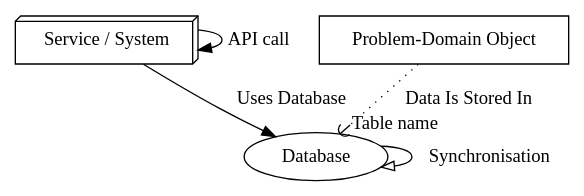
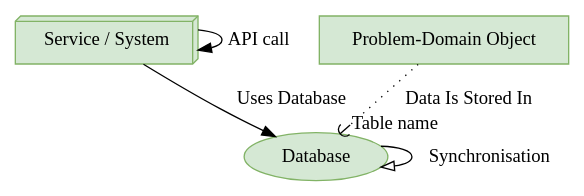
Before and after one commit to DFE-Digital/bat-data-maps: the diagram in src/key.dot, drawn with Graphviz. The commit also changed 1 other file, not shown here.

```diff
--- a/src/key.dot
+++ b/src/key.dot
@@ -1,10 +1,10 @@
 digraph "DfE Key" {
-        "service" [ label = "Service / System"; shape = box3d ];
-        "database" [ label = "Database"; shape = oval ];
-        "object" [ label = "Problem-Domain Object"; shape = record ];
+        "service" [ label = "Service / System"; shape = box3d; fillcolor="#d5e8d4", style=filled, color="#82b366" ];
+        "database" [ label = "Database"; shape = oval; fillcolor="#d5e8d4", style=filled, color="#82b366" ];
+        "object" [ label = "Problem-Domain Object"; shape = record; fillcolor="#d5e8d4", style=filled, color="#82b366" ];
 
         "service" -> "service" [ label = "API call"; arrowhead = normal; ]
         "service" -> "database" [ label = "Uses Database"; ]
         "database" -> "database" [ label = "Synchronisation"; arrowhead = onormal; ]
         "object" -> "database" [ label = "Data Is Stored In" headlabel="Table name"; arrowhead = curve; style = dotted; ]
 }
```
